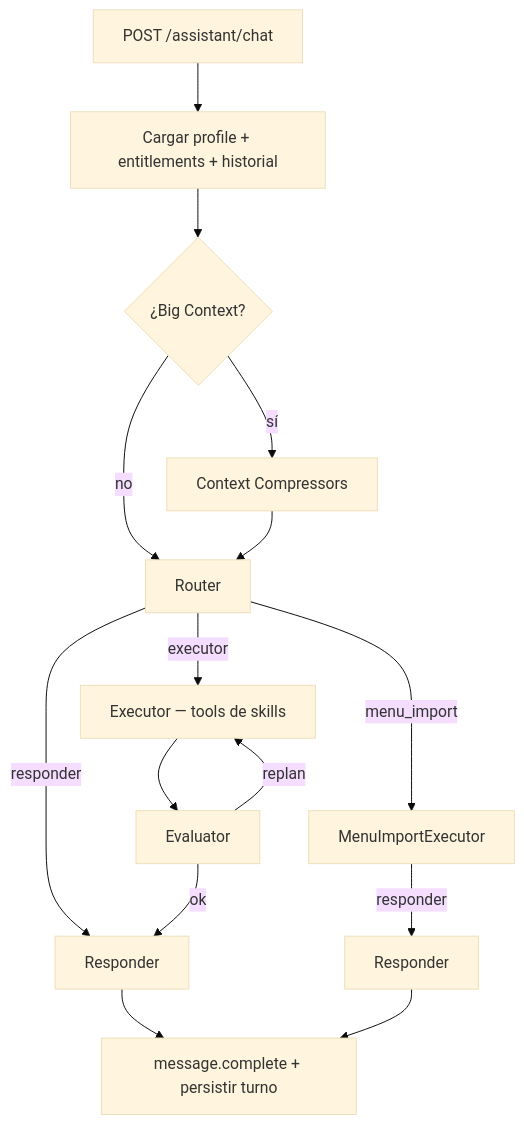
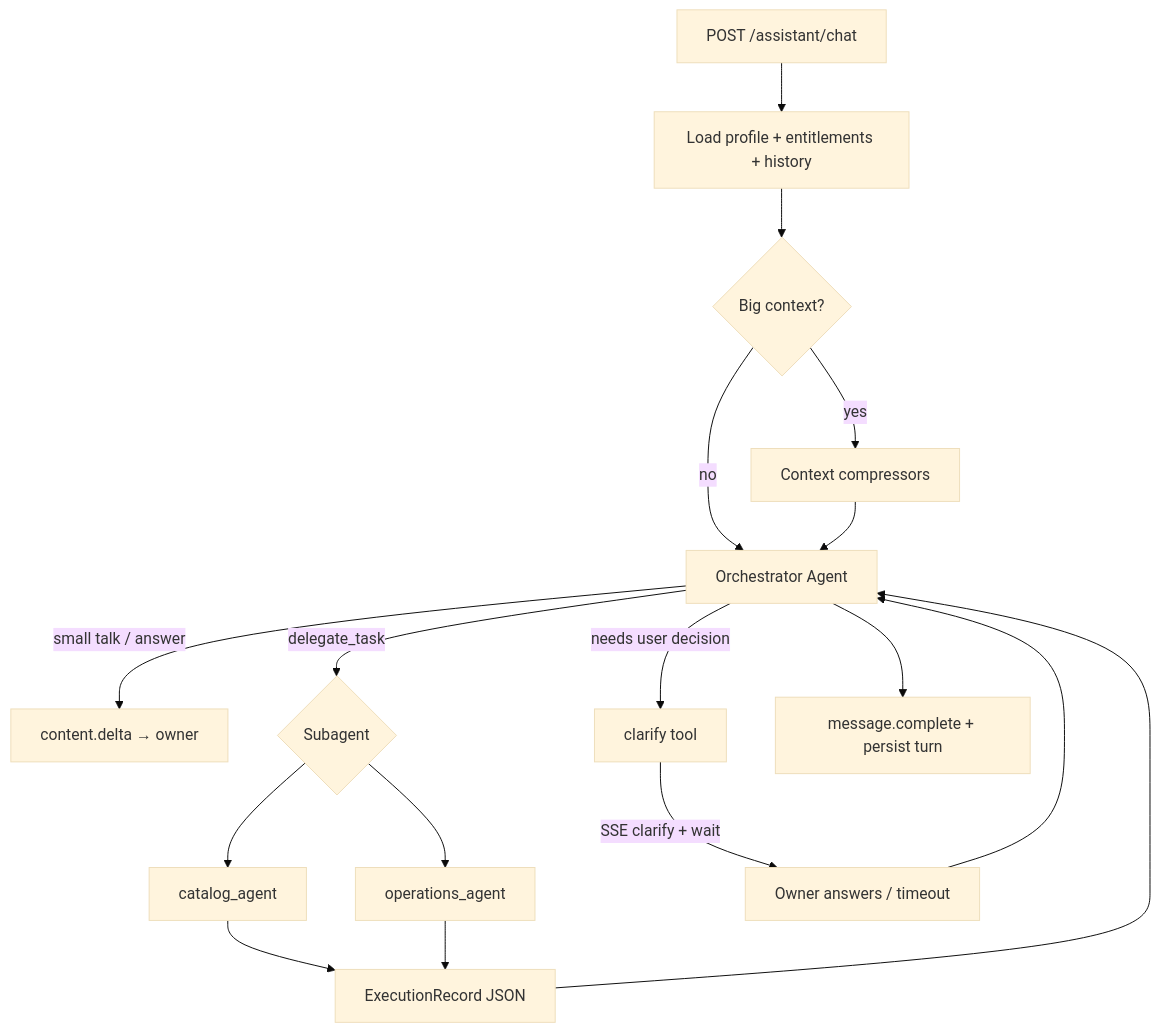
One commit to coderTtxi12/venddelo-ai changed the first of 3 diagrams in README.md. Above: the diagram before and after it, drawn with Mermaid (base theme). The commit also changed other lines of this file, not shown here.

First line of the commit message:
docs: rewrite README for Mexy Agent orchestrator architecture

````diff
--- a/README.md
+++ b/README.md
@@ -153,17 +170,19 @@
 ```mermaid
 flowchart TD
-  A[POST /assistant/chat] --> B[Cargar profile + entitlements + historial]
-  B --> C{¿Big Context?}
-  C -->|sí| D[Context Compressors]
-  C -->|no| E[Router]
+  A[POST /assistant/chat] --> B[Load profile + entitlements + history]
+  B --> C{Big context?}
+  C -->|yes| D[Context compressors]
+  C -->|no| E[Orchestrator Agent]
   D --> E
-  E -->|responder| F[Responder]
-  E -->|executor| G[Executor — tools de skills]
-  G --> H[Evaluator]
-  H -->|replan| G
-  H -->|ok| F
-  E -->|menu_import| I[MenuImportExecutor]
-  I -->|responder| W[Responder]
-  F --> J[message.complete + persistir turno]
-  W --> J
+  E -->|small talk / answer| F[content.delta → owner]
+  E -->|delegate_task| G{Subagent}
+  G --> H[catalog_agent]
+  G --> I[operations_agent]
+  H --> J[ExecutionRecord JSON]
+  I --> J
+  J --> E
+  E -->|needs user decision| K[clarify tool]
+  K -->|SSE clarify + wait| L[Owner answers / timeout]
+  L --> E
+  E --> M[message.complete + persist turn]
 ```
````
